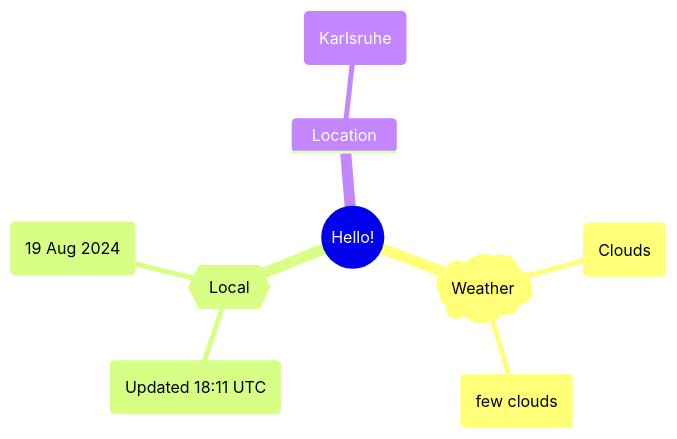
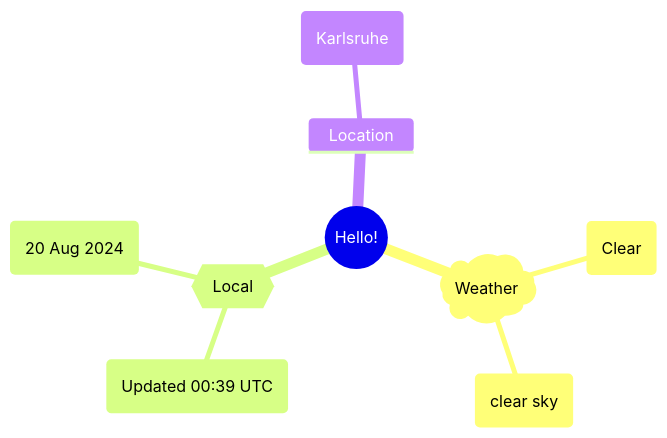
One commit to Xosrov/Xosrov changed the first of 2 diagrams in README.md. Above: the diagram before and after it, drawn with Mermaid.

Commit message:
[bot] updated images

````diff
--- a/README.md
+++ b/README.md
@@ -3,12 +3,12 @@
 ```mermaid
 mindmap
   root((Hello!))
     )Weather(
-        (Clouds)
-        (few clouds)
+        (Clear)
+        (clear sky)
     {{Local}}
-        (Updated 18:11 UTC)
-        (19 Aug 2024)
+        (Updated 00:39 UTC)
+        (20 Aug 2024)
     Location
         (Karlsruhe)
 ```
````
